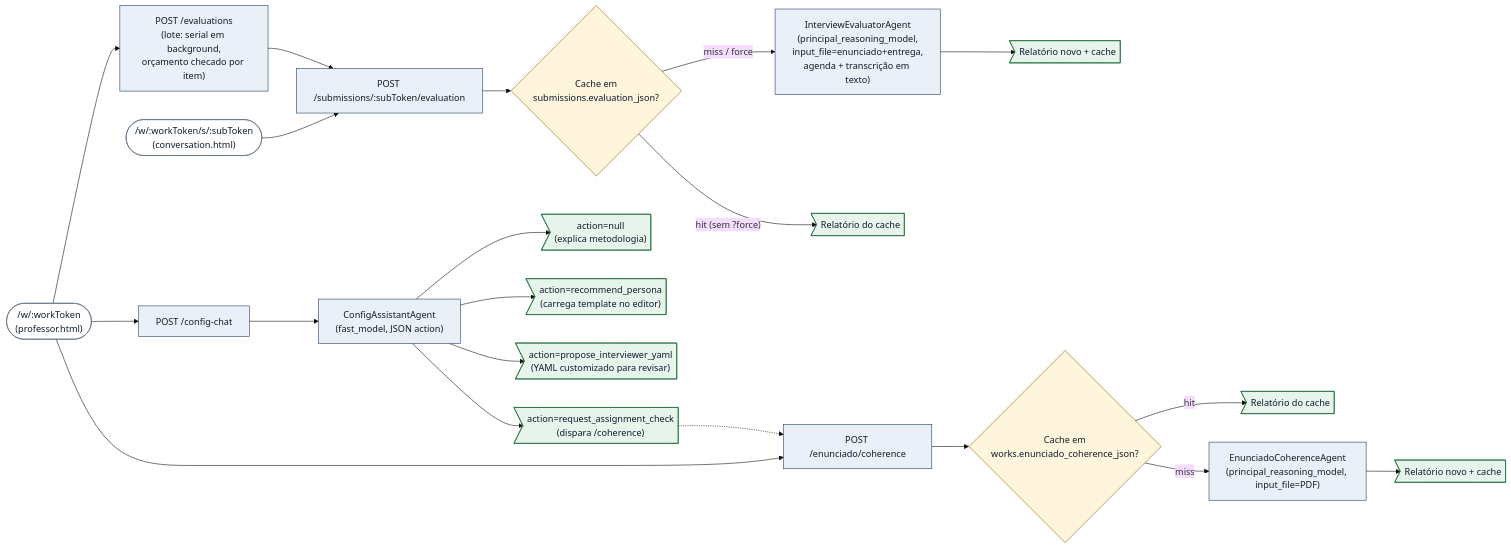
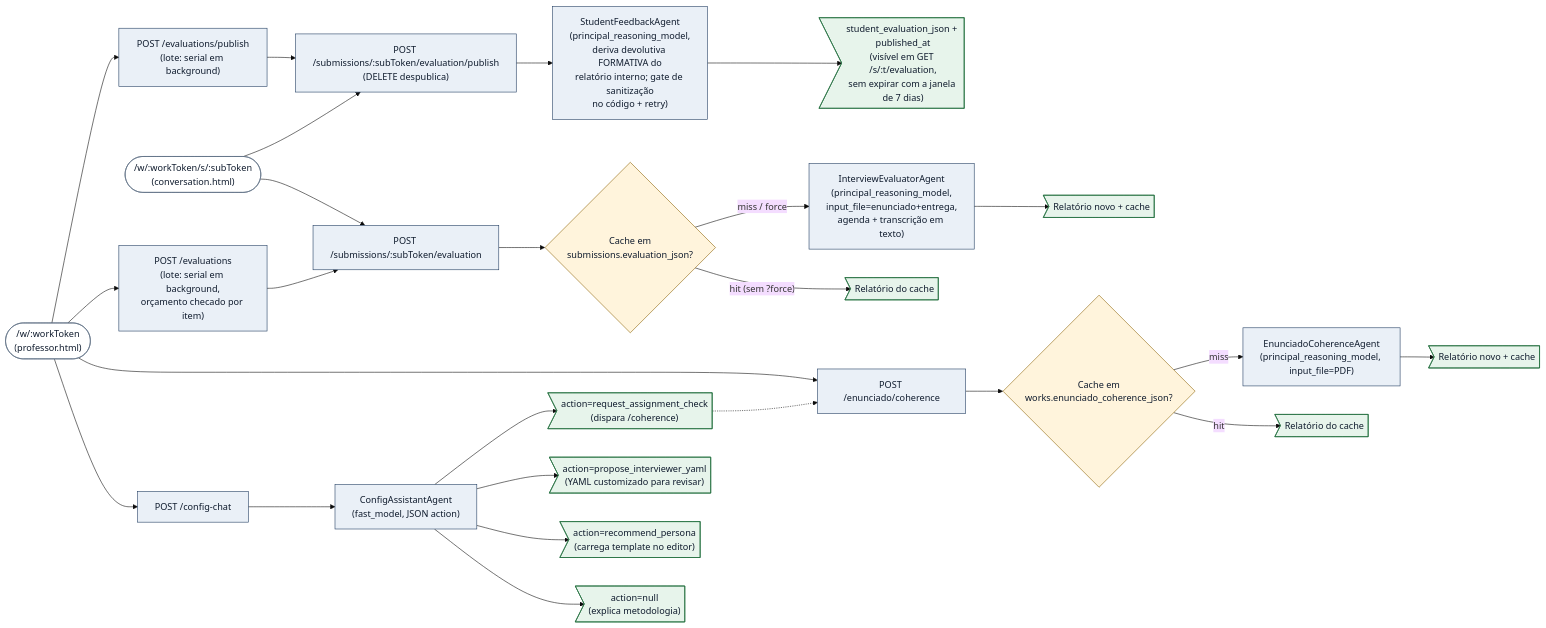
The second of 2 diagrams in docs/architecture.md (gladsjr/super-ta), drawn with Mermaid (base theme) before and after one commit. The commit also changed other lines of this file and 11 other files, not shown here.

````diff
--- a/docs/architecture.md
+++ b/docs/architecture.md
@@ -127,38 +128,45 @@
 ```mermaid
 flowchart LR
   ProfUI(["/w/:workToken<br/>(professor.html)"]) --> ChatHandler["POST /config-chat"]
   ProfUI --> CoherenceHandler["POST /enunciado/coherence"]
   ConvUI(["/w/:workToken/s/:subToken<br/>(conversation.html)"]) --> EvalHandler["POST /submissions/:subToken/evaluation"]
   ProfUI --> BatchHandler["POST /evaluations<br/>(lote: serial em background,<br/>orçamento checado por item)"]
   BatchHandler --> EvalHandler
 
   EvalHandler --> EvalCache{"Cache em<br/>submissions.evaluation_json?"}
   EvalCache -- "hit (sem ?force)" --> OutEvalCached>"Relatório do cache"]
   EvalCache -- "miss / force" --> EvalAgent["InterviewEvaluatorAgent<br/>(principal_reasoning_model,<br/>input_file=enunciado+entrega,<br/>agenda + transcrição em texto)"]
   EvalAgent --> OutEvalFresh>"Relatório novo + cache"]
+
+  ConvUI --> PublishHandler["POST /submissions/:subToken/evaluation/publish<br/>(DELETE despublica)"]
+  ProfUI --> PublishBatch["POST /evaluations/publish<br/>(lote: serial em background)"]
+  PublishBatch --> PublishHandler
+  PublishHandler --> FeedbackAgent["StudentFeedbackAgent<br/>(principal_reasoning_model,<br/>deriva devolutiva FORMATIVA do<br/>relatório interno; gate de sanitização<br/>no código + retry)"]
+  FeedbackAgent --> OutPublished>"student_evaluation_json + published_at<br/>(visível em GET /s/:t/evaluation,<br/>sem expirar com a janela de 7 dias)"]
 
   ChatHandler --> ConfigAgent["ConfigAssistantAgent<br/>(fast_model, JSON action)"]
   ConfigAgent --> ActExplain>"action=null<br/>(explica metodologia)"]
   ConfigAgent --> ActPersona>"action=recommend_persona<br/>(carrega template no editor)"]
   ConfigAgent --> ActYaml>"action=propose_interviewer_yaml<br/>(YAML customizado para revisar)"]
   ConfigAgent --> ActCheck>"action=request_assignment_check<br/>(dispara /coherence)"]
   ActCheck -.-> CoherenceHandler
 
   CoherenceHandler --> Cache{"Cache em<br/>works.enunciado_coherence_json?"}
   Cache -- "hit" --> OutCached>"Relatório do cache"]
   Cache -- "miss" --> CoherenceAgent["EnunciadoCoherenceAgent<br/>(principal_reasoning_model, input_file=PDF)"]
   CoherenceAgent --> OutFresh>"Relatório novo + cache"]
 
   classDef agent fill:#eaf0f7,stroke:#1e3a5f,color:#0f1b2d;
   classDef gate  fill:#fff4dc,stroke:#8a6100,color:#0f1b2d;
   classDef out   fill:#e7f4eb,stroke:#1f6c3b,color:#0f1b2d;
   classDef entry fill:#ffffff,stroke:#5a6b80,color:#0f1b2d;
-  class ChatHandler,CoherenceHandler,ConfigAgent,CoherenceAgent,EvalHandler,BatchHandler,EvalAgent agent
+  class ChatHandler,CoherenceHandler,ConfigAgent,CoherenceAgent,EvalHandler,BatchHandler,EvalAgent,PublishHandler,PublishBatch,FeedbackAgent agent
   class Cache,EvalCache gate
-  class ActExplain,ActPersona,ActYaml,ActCheck,OutCached,OutFresh,OutEvalCached,OutEvalFresh out
+  class ActExplain,ActPersona,ActYaml,ActCheck,OutCached,OutFresh,OutEvalCached,OutEvalFresh,OutPublished out
   class ProfUI,ConvUI entry
 
   click ConfigAgent "vscode://file/c:/Users/glads/src/super-ta/agents/ConfigAssistantAgent.js" "Abre ConfigAssistantAgent"
   click CoherenceAgent "vscode://file/c:/Users/glads/src/super-ta/agents/EnunciadoCoherenceAgent.js" "Abre EnunciadoCoherenceAgent"
   click EvalAgent "vscode://file/c:/Users/glads/src/super-ta/agents/InterviewEvaluatorAgent.js:162" "Abre o systemPromptBody do InterviewEvaluatorAgent"
+  click FeedbackAgent "vscode://file/c:/Users/glads/src/super-ta/agents/StudentFeedbackAgent.js:74" "Abre o systemPromptBody do StudentFeedbackAgent"
 ```
````
